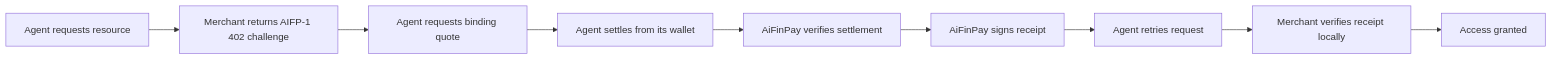
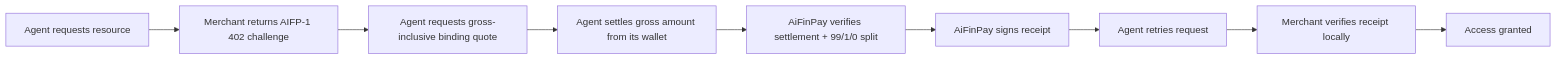
Before and after one commit to AiFinPay/AIFP-1: the diagram in docs/index.md, drawn with Mermaid. The commit also changed other lines of this file and 34 other files, not shown here.

First line of the commit message:
AIFP-1: make gross-inclusive 99/1 economics normative

````diff
--- a/docs/index.md
+++ b/docs/index.md
@@ -39,11 +39,11 @@
 ```mermaid
 flowchart LR
     A["Agent requests resource"] --> B["Merchant returns AIFP-1 402 challenge"]
-    B --> C["Agent requests binding quote"]
-    C --> D["Agent settles from its wallet"]
-    D --> E["AiFinPay verifies settlement"]
+    B --> C["Agent requests gross-inclusive binding quote"]
+    C --> D["Agent settles gross amount from its wallet"]
+    D --> E["AiFinPay verifies settlement + 99/1/0 split"]
     E --> F["AiFinPay signs receipt"]
     F --> G["Agent retries request"]
     G --> H["Merchant verifies receipt locally"]
     H --> I["Access granted"]
 ```
````
